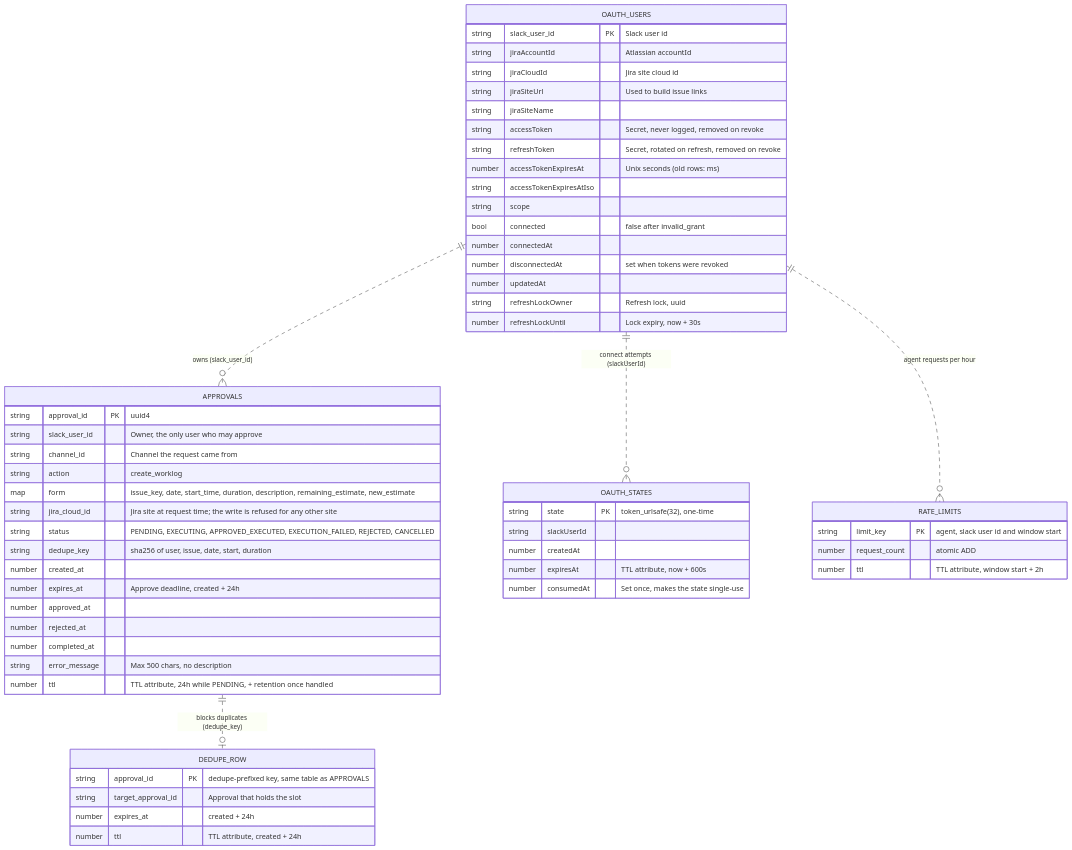
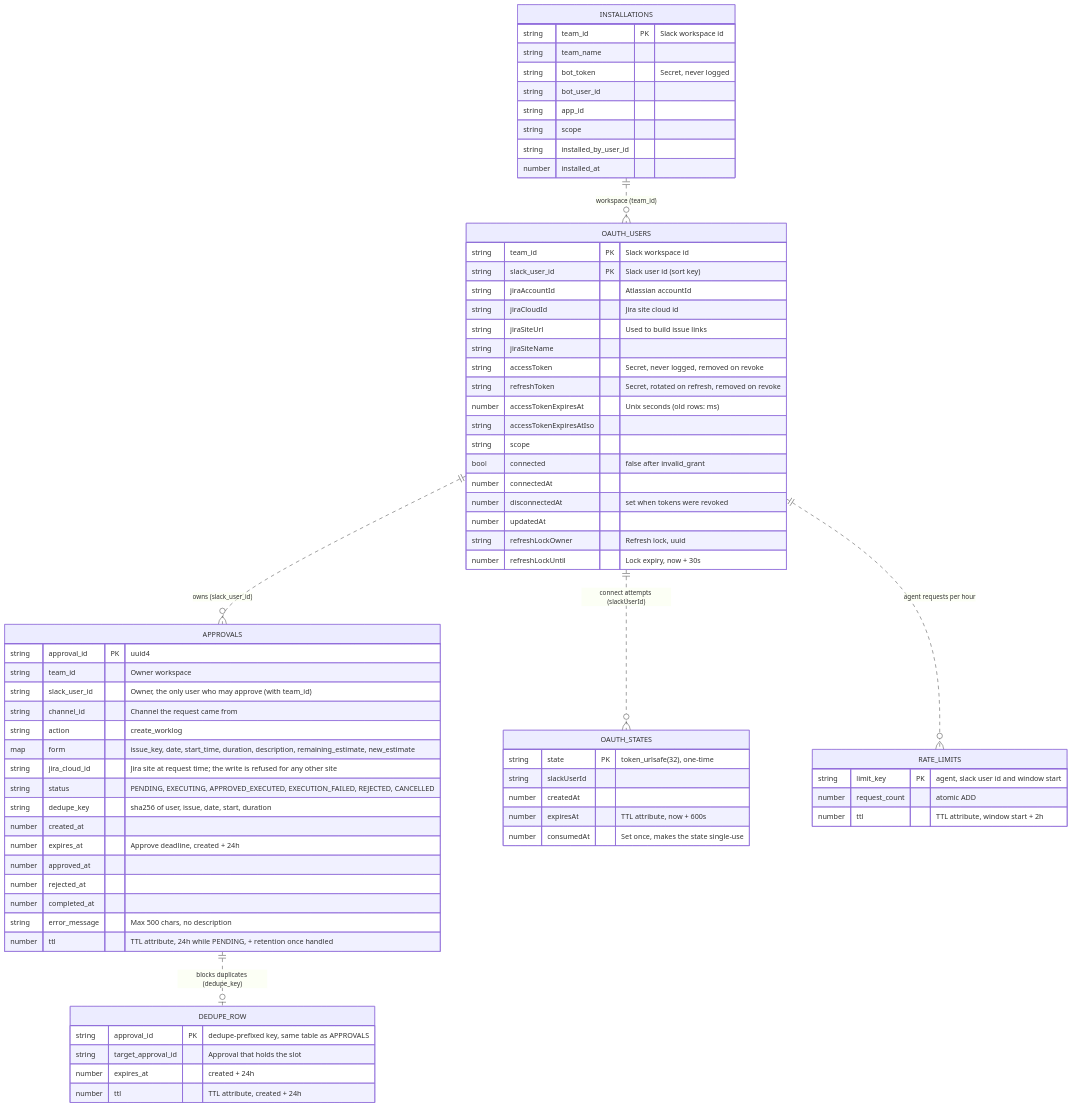
One commit to lolohoang123/jira_agent changed the second of 12 diagrams in docs/design/data_model_and_flows.md. Above: the diagram before and after it, drawn with Mermaid. The commit also changed other lines of this file and 47 other files, not shown here.

````diff
--- a/docs/design/data_model_and_flows.md
+++ b/docs/design/data_model_and_flows.md
@@ -50,61 +50,74 @@
 ```mermaid
 erDiagram
     OAUTH_USERS ||..o{ APPROVALS : "owns (slack_user_id)"
     OAUTH_USERS ||..o{ OAUTH_STATES : "connect attempts (slackUserId)"
     OAUTH_USERS ||..o{ RATE_LIMITS : "agent requests per hour"
+    INSTALLATIONS ||..o{ OAUTH_USERS : "workspace (team_id)"
     APPROVALS ||..o| DEDUPE_ROW : "blocks duplicates (dedupe_key)"
 
     OAUTH_USERS {
-        string slack_user_id PK "Slack user id"
+        string team_id PK "Slack workspace id"
+        string slack_user_id PK "Slack user id (sort key)"
         string jiraAccountId "Atlassian accountId"
         string jiraCloudId "Jira site cloud id"
         string jiraSiteUrl "Used to build issue links"
         string jiraSiteName
         string accessToken "Secret, never logged, removed on revoke"
         string refreshToken "Secret, rotated on refresh, removed on revoke"
         number accessTokenExpiresAt "Unix seconds (old rows: ms)"
         string accessTokenExpiresAtIso
         string scope
         bool connected "false after invalid_grant"
         number connectedAt
         number disconnectedAt "set when tokens were revoked"
         number updatedAt
         string refreshLockOwner "Refresh lock, uuid"
         number refreshLockUntil "Lock expiry, now + 30s"
     }
     OAUTH_STATES {
         string state PK "token_urlsafe(32), one-time"
         string slackUserId
         number createdAt
         number expiresAt "TTL attribute, now + 600s"
         number consumedAt "Set once, makes the state single-use"
     }
     APPROVALS {
         string approval_id PK "uuid4"
-        string slack_user_id "Owner, the only user who may approve"
+        string team_id "Owner workspace"
+        string slack_user_id "Owner, the only user who may approve (with team_id)"
         string channel_id "Channel the request came from"
         string action "create_worklog"
         map form "issue_key, date, start_time, duration, description, remaining_estimate, new_estimate"
         string jira_cloud_id "Jira site at request time; the write is refused for any other site"
         string status "PENDING, EXECUTING, APPROVED_EXECUTED, EXECUTION_FAILED, REJECTED, CANCELLED"
         string dedupe_key "sha256 of user, issue, date, start, duration"
         number created_at
         number expires_at "Approve deadline, created + 24h"
         number approved_at
         number rejected_at
         number completed_at
         string error_message "Max 500 chars, no description"
         number ttl "TTL attribute, 24h while PENDING, + retention once handled"
     }
+    INSTALLATIONS {
+        string team_id PK "Slack workspace id"
+        string team_name
+        string bot_token "Secret, never logged"
+        string bot_user_id
+        string app_id
+        string scope
+        string installed_by_user_id
+        number installed_at
+    }
     DEDUPE_ROW {
         string approval_id PK "dedupe-prefixed key, same table as APPROVALS"
         string target_approval_id "Approval that holds the slot"
         number expires_at "created + 24h"
         number ttl "TTL attribute, created + 24h"
     }
     RATE_LIMITS {
         string limit_key PK "agent, slack user id and window start"
         number request_count "atomic ADD"
         number ttl "TTL attribute, window start + 2h"
     }
 ```
````
